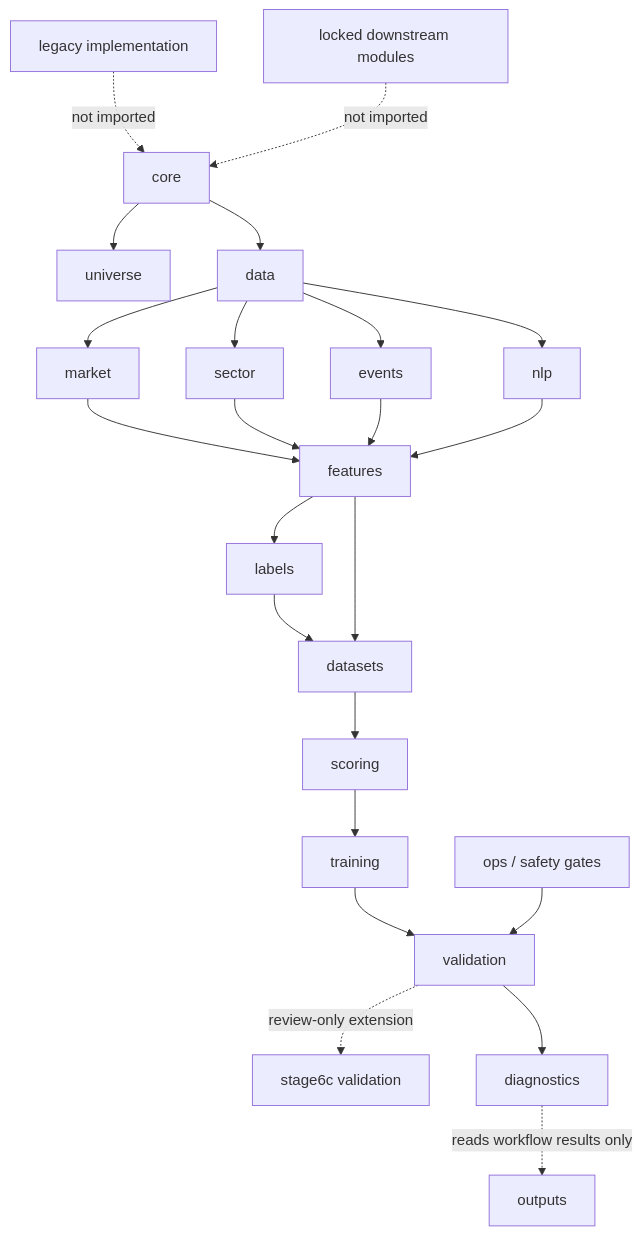
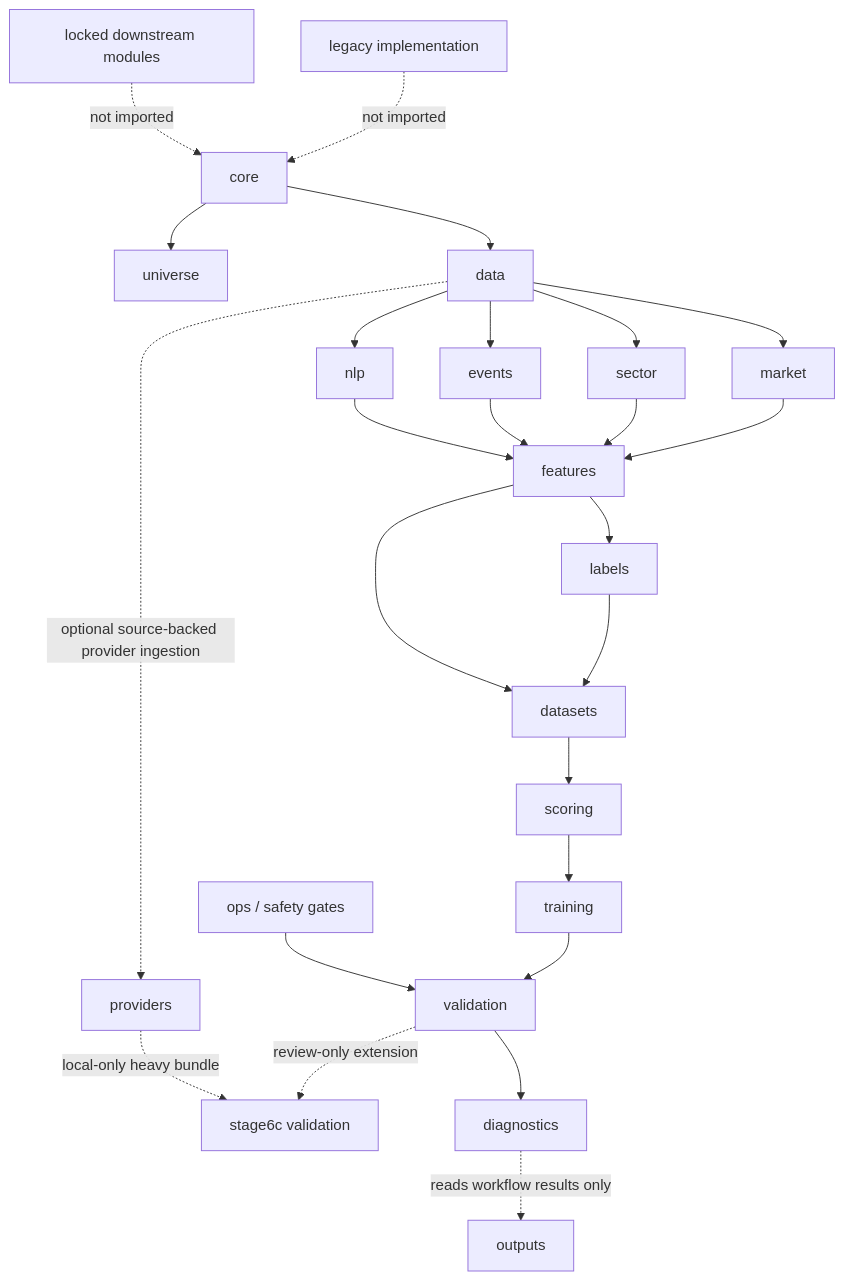
Before and after one commit to RyanLu0203/A_share_premarket_core: the third of 3 diagrams in docs/architecture/ACTIVE_WORKFLOW_THROUGH_GOAL06B.md, drawn with Mermaid. The commit also changed other lines of this file and 89 other files, not shown here.

Commit message:
Add GOAL-06C.6 source-backed ingestion gate

````diff
--- a/docs/architecture/ACTIVE_WORKFLOW_THROUGH_GOAL06B.md
+++ b/docs/architecture/ACTIVE_WORKFLOW_THROUGH_GOAL06B.md
@@ -44,25 +48,27 @@
 ```mermaid
 flowchart TD
     Core["core"] --> Universe["universe"]
     Core --> Data["data"]
     Data --> Market["market"]
     Data --> Sector["sector"]
     Data --> Events["events"]
     Data --> NLP["nlp"]
     Market --> Features["features"]
     Sector --> Features
     Events --> Features
     NLP --> Features
     Features --> Labels["labels"]
     Labels --> Datasets["datasets"]
     Features --> Datasets
     Datasets --> Scoring["scoring"]
     Scoring --> Training["training"]
     Training --> Validation["validation"]
     Validation -. "review-only extension" .-> Stage6C["stage6c validation"]
+    Data -. "optional source-backed provider ingestion" .-> Providers["providers"]
+    Providers -. "local-only heavy bundle" .-> Stage6C
     Validation --> Diagnostics["diagnostics"]
     Ops["ops / safety gates"] --> Validation
     Diagnostics -. "reads workflow results only" .-> Outputs["outputs"]
     Legacy["legacy implementation"] -. "not imported" .-> Core
     Locked["locked downstream modules"] -. "not imported" .-> Core
 ```
````
